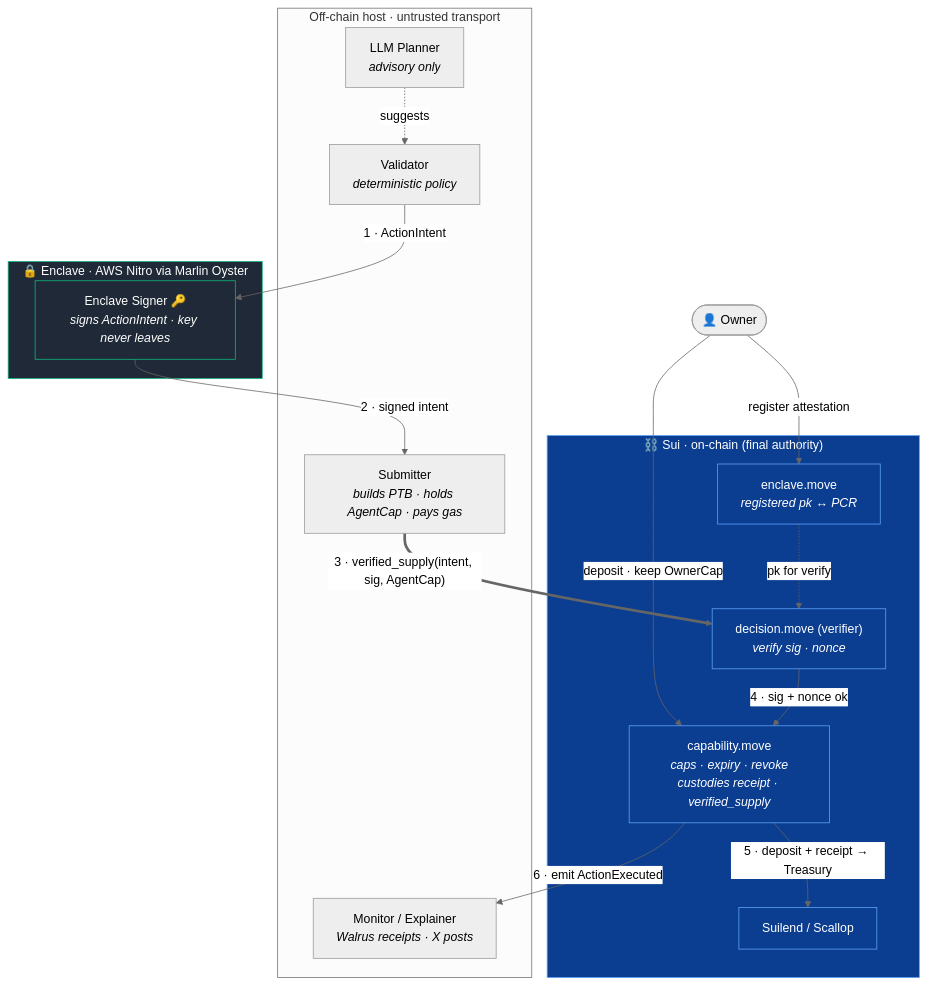
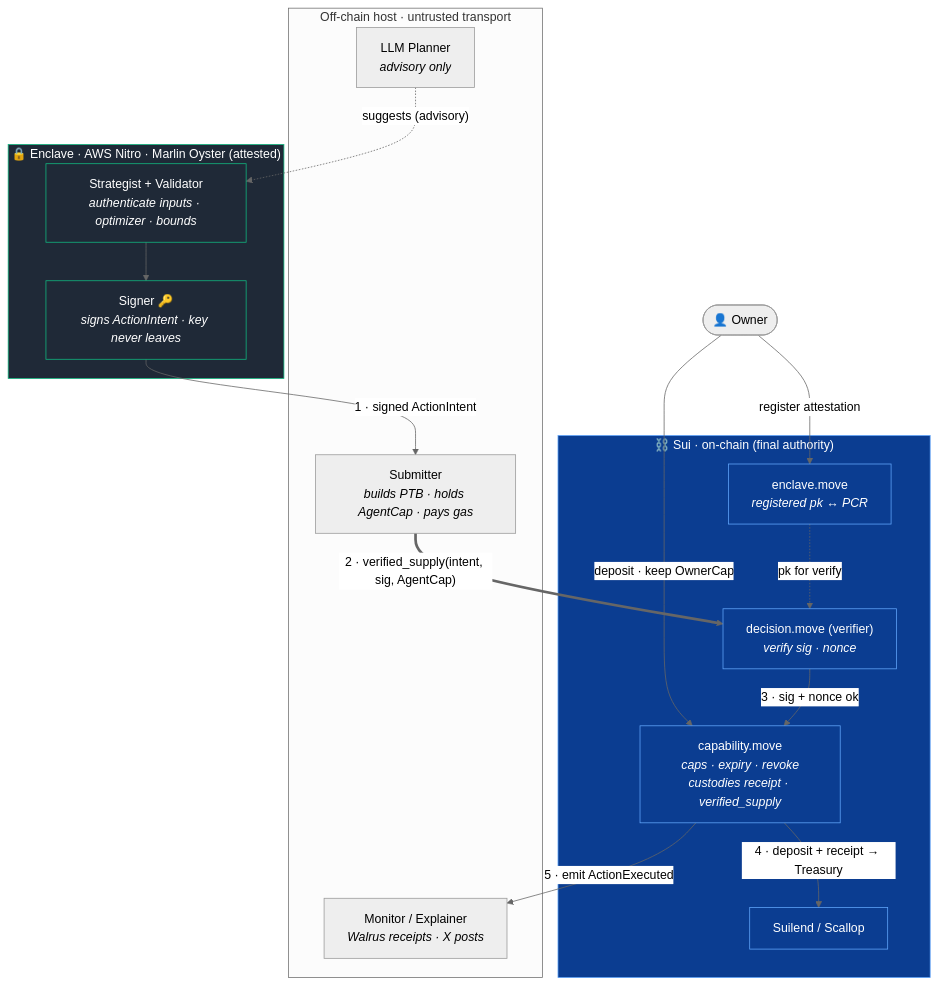
The third of 9 diagrams in docs/treasury-agent-design.md (speedxgul/looping-agent), drawn with Mermaid (neutral theme) before and after one commit. The commit also changed other lines of this file, not shown here.

First line of the commit message:
refactor(docs): update treasury agent design for clarity and structure

````diff
--- a/docs/treasury-agent-design.md
+++ b/docs/treasury-agent-design.md
@@ -275,39 +234,39 @@
 ```mermaid
 flowchart TB
     Owner(["👤 Owner"])
 
     subgraph OFF["Off-chain host · untrusted transport"]
         LLM["LLM Planner<br/><i>advisory only</i>"]
-        Val["Validator<br/><i>deterministic policy</i>"]
         Sub["Submitter<br/><i>builds PTB · holds AgentCap · pays gas</i>"]
         Monitor["Monitor / Explainer<br/><i>Walrus receipts · X posts</i>"]
-        LLM -. "suggests" .-> Val
     end
 
-    subgraph TEE["🔒 Enclave · AWS Nitro via Marlin Oyster"]
-        Signer["Enclave Signer 🔑<br/><i>signs ActionIntent · key never leaves</i>"]
+    subgraph TEE["🔒 Enclave · AWS Nitro · Marlin Oyster (attested)"]
+        Strat["Strategist + Validator<br/><i>authenticate inputs · optimizer · bounds</i>"]
+        Signer["Signer 🔑<br/><i>signs ActionIntent · key never leaves</i>"]
+        Strat --> Signer
     end
 
     subgraph CHAIN["⛓️ Sui · on-chain (final authority)"]
         EncReg["enclave.move<br/><i>registered pk ↔ PCR</i>"]
         Dec["decision.move (verifier)<br/><i>verify sig · nonce</i>"]
         Cap["capability.move<br/><i>caps · expiry · revoke<br/>custodies receipt · verified_supply</i>"]
         Pool["Suilend / Scallop"]
     end
 
     Owner -- "deposit · keep OwnerCap" --> Cap
     Owner -- "register attestation" --> EncReg
 
-    Val -- "1 · ActionIntent" --> Signer
-    Signer -- "2 · signed intent" --> Sub
-    Sub == "3 · verified_supply(intent, sig, AgentCap)" ==> Dec
+    LLM -. "suggests (advisory)" .-> Strat
+    Signer -- "1 · signed ActionIntent" --> Sub
+    Sub == "2 · verified_supply(intent, sig, AgentCap)" ==> Dec
     EncReg -. "pk for verify" .-> Dec
-    Dec -- "4 · sig + nonce ok" --> Cap
-    Cap -- "5 · deposit + receipt → Treasury" --> Pool
-    Cap -- "6 · emit ActionExecuted" --> Monitor
+    Dec -- "3 · sig + nonce ok" --> Cap
+    Cap -- "4 · deposit + receipt → Treasury" --> Pool
+    Cap -- "5 · emit ActionExecuted" --> Monitor
 
     classDef tee fill:#1f2937,stroke:#10b981,color:#fff;
     classDef chain fill:#0b3d91,stroke:#60a5fa,color:#fff;
-    class TEE,Signer tee;
+    class TEE,Strat,Signer tee;
     class CHAIN,EncReg,Dec,Cap,Pool chain;
 ```
````
